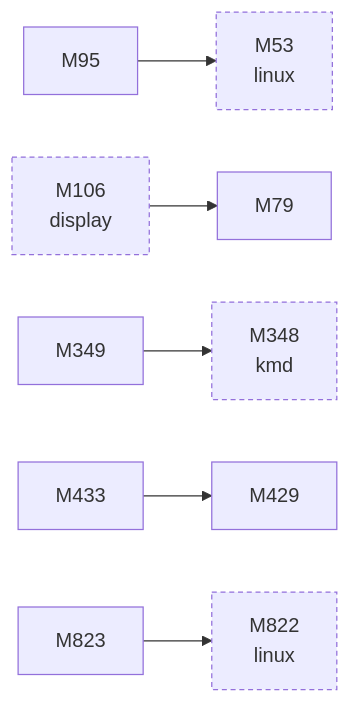
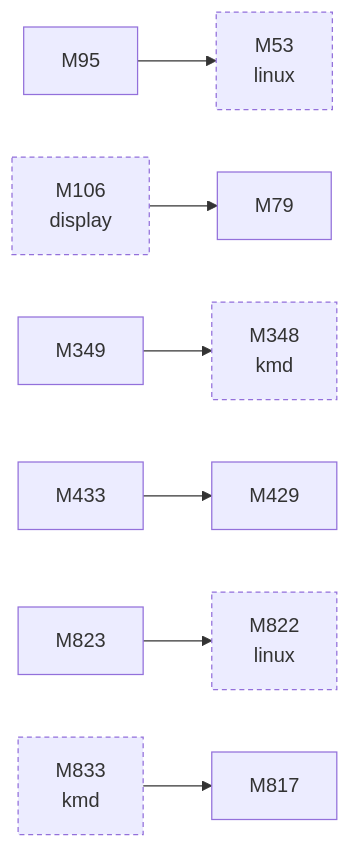
Before and after one commit to D-Ogi/amdgpu-wddm: the third of 3 diagrams in docs/facts/graphs/hardware.md, drawn with Mermaid. The commit also changed 55 other files, not shown here.

````diff
--- a/docs/facts/graphs/hardware.md
+++ b/docs/facts/graphs/hardware.md
@@ -188,20 +188,23 @@
 ```mermaid
 flowchart LR
   M53["M53<br/>linux"]
   M79["M79"]
   M95["M95"]
   M106["M106<br/>display"]
   M348["M348<br/>kmd"]
   M349["M349"]
   M429["M429"]
   M433["M433"]
+  M817["M817"]
   M822["M822<br/>linux"]
   M823["M823"]
+  M833["M833<br/>kmd"]
   M95 --> M53
   M349 --> M348
   M433 --> M429
   M823 --> M822
+  M833 --> M817
   M106 --> M79
   classDef other stroke-dasharray:4 3
-  class M53,M106,M348,M822 other
+  class M53,M106,M348,M822,M833 other
 ```
````
